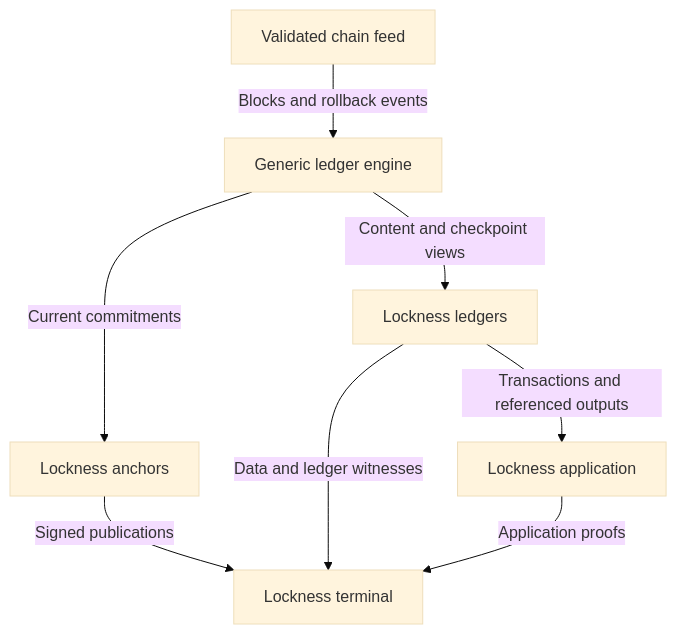
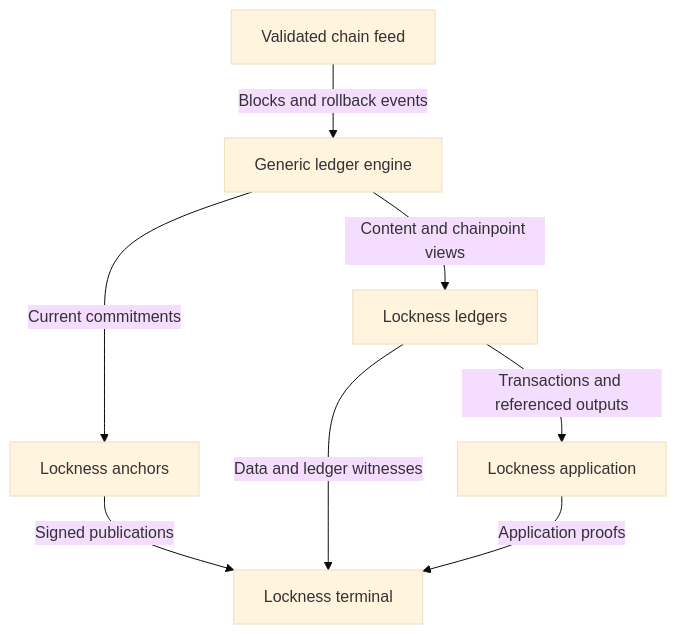
Before and after one commit to lambdasistemi/lockness: the first of 2 diagrams in docs/architecture/system.md, drawn with Mermaid (base theme). The commit also changed other lines of this file and 17 other files, not shown here.

````diff
--- a/docs/architecture/system.md
+++ b/docs/architecture/system.md
@@ -14,10 +32,10 @@
 ```mermaid
 flowchart TB
     F[Validated chain feed] -->|Blocks and rollback events| E[Generic ledger engine]
     E -->|Current commitments| P[Lockness anchors]
-    E -->|Content and checkpoint views| D[Lockness ledgers]
+    E -->|Content and chainpoint views| D[Lockness ledgers]
     P -->|Signed publications| C[Lockness terminal]
     D -->|Data and ledger witnesses| C
     D -->|Transactions and referenced outputs| A[Lockness application]
     A -->|Application proofs| C
 ```
````
